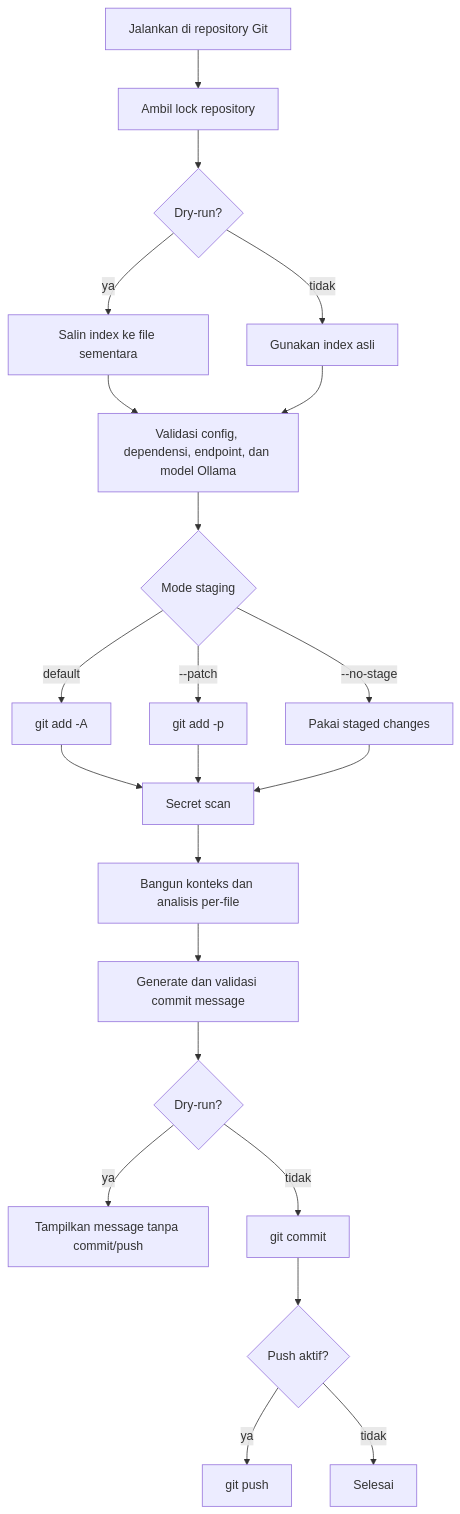
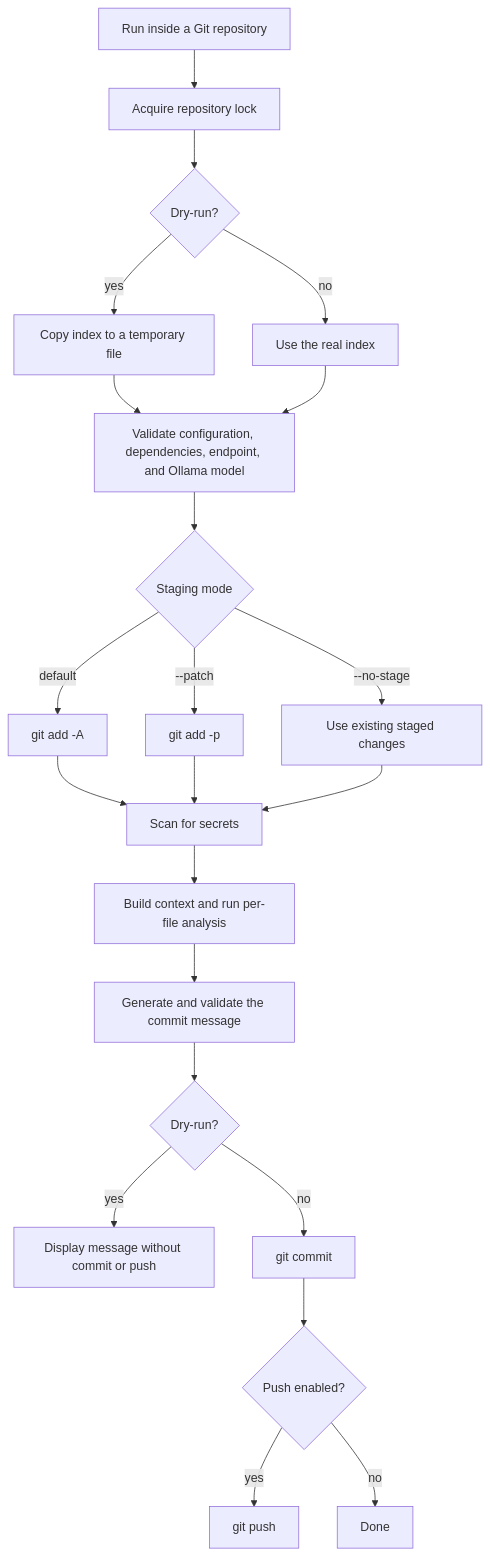
One commit to aibersemi/git-auto-commit-ollama changed the diagram in README.md. Above: the diagram before and after it, drawn with Mermaid. The commit also changed other lines of this file and 20 other files, not shown here.

````diff
--- a/README.md
+++ b/README.md
@@ -50,24 +64,24 @@
 ```mermaid
 flowchart TD
-  A[Jalankan di repository Git] --> B[Ambil lock repository]
+  A[Run inside a Git repository] --> B[Acquire repository lock]
   B --> C{Dry-run?}
-  C -->|ya| D[Salin index ke file sementara]
-  C -->|tidak| E[Gunakan index asli]
-  D --> F[Validasi config, dependensi, endpoint, dan model Ollama]
+  C -->|yes| D[Copy index to a temporary file]
+  C -->|no| E[Use the real index]
+  D --> F[Validate configuration, dependencies, endpoint, and Ollama model]
   E --> F
-  F --> G{Mode staging}
+  F --> G{Staging mode}
   G -->|default| H[git add -A]
   G -->|--patch| I[git add -p]
-  G -->|--no-stage| J[Pakai staged changes]
-  H --> K[Secret scan]
+  G -->|--no-stage| J[Use existing staged changes]
+  H --> K[Scan for secrets]
   I --> K
   J --> K
-  K --> L[Bangun konteks dan analisis per-file]
-  L --> M[Generate dan validasi commit message]
+  K --> L[Build context and run per-file analysis]
+  L --> M[Generate and validate the commit message]
   M --> N{Dry-run?}
-  N -->|ya| O[Tampilkan message tanpa commit/push]
-  N -->|tidak| P[git commit]
-  P --> Q{Push aktif?}
-  Q -->|ya| R[git push]
-  Q -->|tidak| S[Selesai]
+  N -->|yes| O[Display message without commit or push]
+  N -->|no| P[git commit]
+  P --> Q{Push enabled?}
+  Q -->|yes| R[git push]
+  Q -->|no| S[Done]
 ```
````
